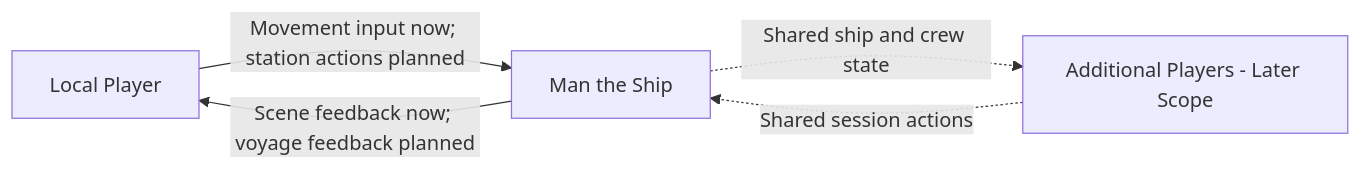
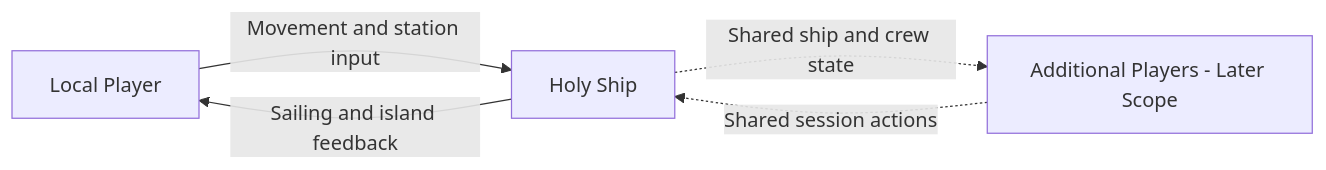
One commit to whitneyakred/gaming changed the third of 3 diagrams in docs/requirements/vision-and-scope.md. Above: the diagram before and after it, drawn with Mermaid. The commit also changed other lines of this file and 30 other files, not shown here.

````diff
--- a/docs/requirements/vision-and-scope.md
+++ b/docs/requirements/vision-and-scope.md
@@ -226,7 +208,7 @@
 ```mermaid
 flowchart LR
-  Player[Local Player] -->|Movement input now; station actions planned| Game[Man the Ship]
-  Game -->|Scene feedback now; voyage feedback planned| Player
+  Player[Local Player] -->|Movement and station input| Game[Holy Ship]
+  Game -->|Sailing and island feedback| Player
   Crew[Additional Players - Later Scope] -.->|Shared session actions| Game
   Game -.->|Shared ship and crew state| Crew
 ```
````
